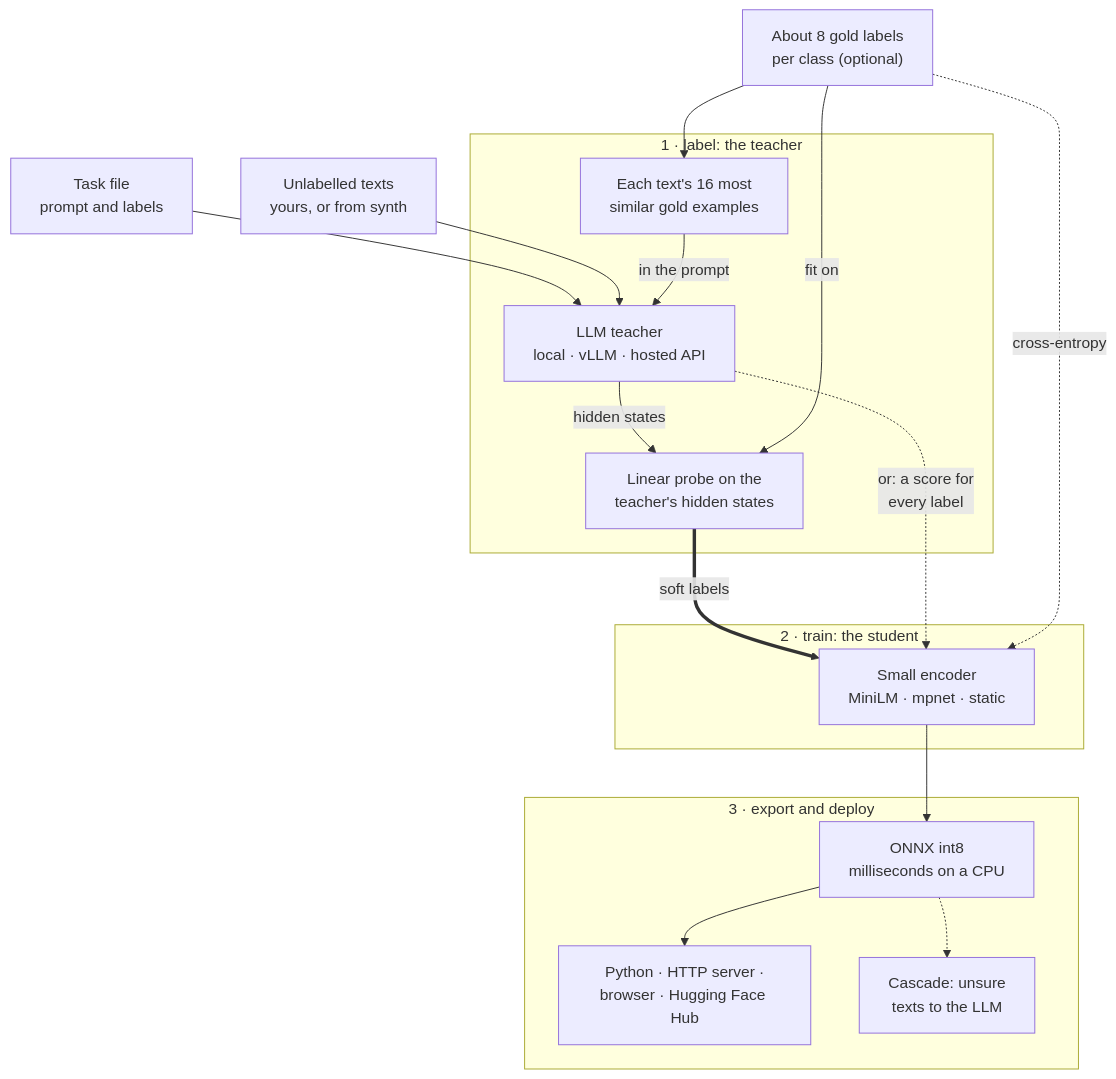
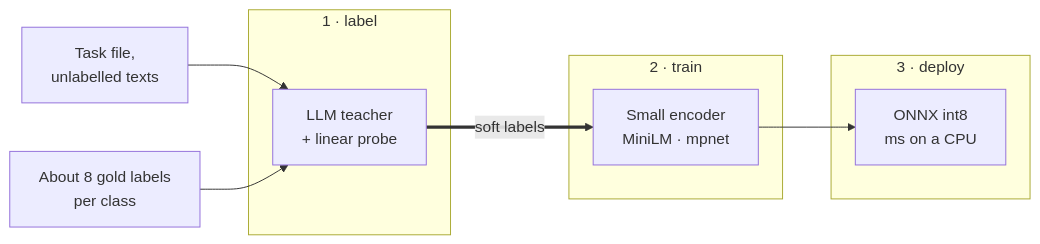
Before and after one commit to Andreas-Hum/tinydistill: the diagram in README.md, drawn with Mermaid. The commit also changed other lines of this file and 1 other file, not shown here.

Commit message:
README : a smaller diagram, one row of the three stages

````diff
--- a/README.md
+++ b/README.md
@@ -194,31 +194,16 @@
 ```mermaid
-flowchart TB
-    A["Task file<br/>prompt and labels"]
-    U["Unlabelled texts<br/>yours, or from synth"]
-    K["About 8 gold labels<br/>per class (optional)"]
-    subgraph LABEL["1 · label: the teacher"]
-        R["Each text's 16 most<br/>similar gold examples"]
-        B["LLM teacher<br/>local · vLLM · hosted API"]
-        P["Linear probe on the<br/>teacher's hidden states"]
+flowchart LR
+    A["Task file,<br/>unlabelled texts"] --> B
+    K["About 8 gold labels<br/>per class"] --> B
+    subgraph LABEL["1 · label"]
+        B["LLM teacher<br/>+ linear probe"]
     end
-    subgraph TRAIN["2 · train: the student"]
-        C["Small encoder<br/>MiniLM · mpnet · static"]
+    subgraph TRAIN["2 · train"]
+        C["Small encoder<br/>MiniLM · mpnet"]
     end
-    subgraph SHIP["3 · export and deploy"]
-        D["ONNX int8<br/>milliseconds on a CPU"]
-        E["Python · HTTP server ·<br/>browser · Hugging Face Hub"]
-        F["Cascade: unsure<br/>texts to the LLM"]
+    subgraph SHIP["3 · deploy"]
+        D["ONNX int8<br/>ms on a CPU"]
     end
-    A --> B
-    U --> B
-    K --> R
-    R -- "in the prompt" --> B
-    B -- "hidden states" --> P
-    K -- "fit on" --> P
-    P == "soft labels" ==> C
-    B -. "or: a score for<br/>every label" .-> C
-    K -. "cross-entropy" .-> C
+    B == "soft labels" ==> C
     C --> D
-    D --> E
-    D -.-> F
 ```
````
